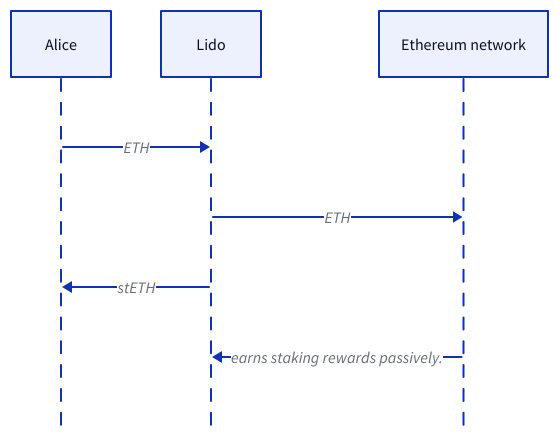
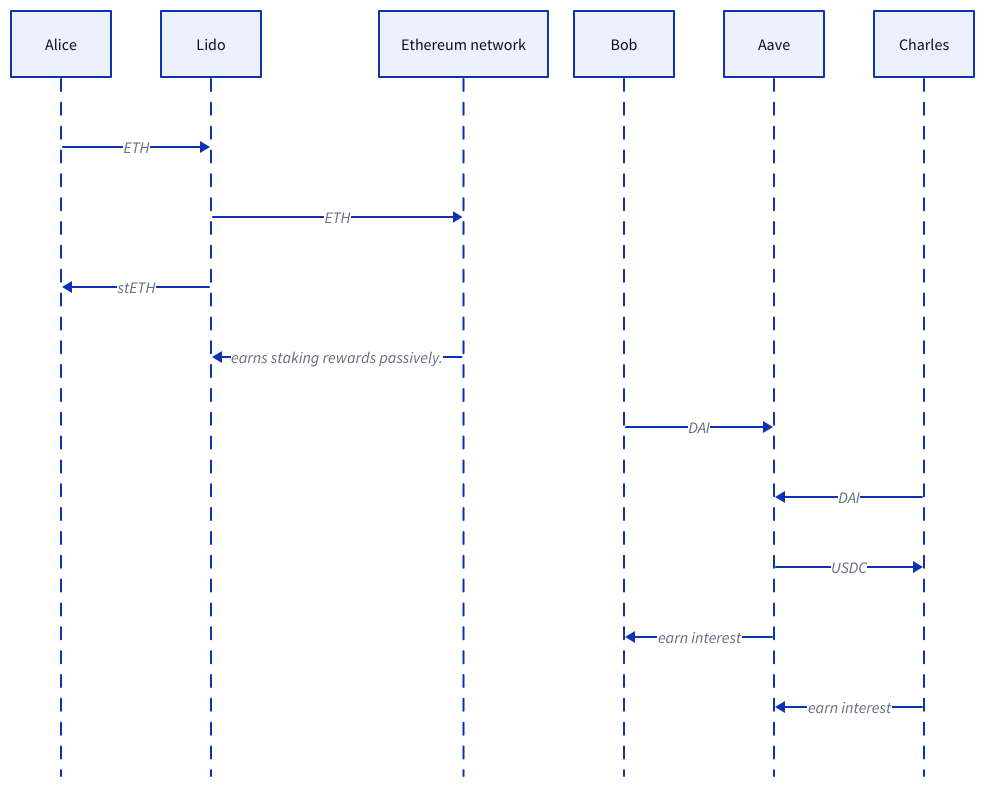
One commit to blockchain-audit/labs changed the diagram in task/defi.d2. Above: the diagram before and after it, drawn with D2. The commit also changed other lines of this file and 11 other files, not shown here.

```diff
--- a/task/defi.d2
+++ b/task/defi.d2
@@ -1,5 +1,12 @@
 shape: sequence_diagram
+
 Alice -> Lido : ETH
 Lido -> Ethereum network:ETH
 Lido->Alice:stETH
 Ethereum network -> Lido:earns staking rewards passively.
+
+Bob-> Aave : DAI
+Charles -> Aave : DAI
+Aave-> Charles : USDC
+Aave -> Bob : earn interest
+Charles -> Aave : earn interest
```
